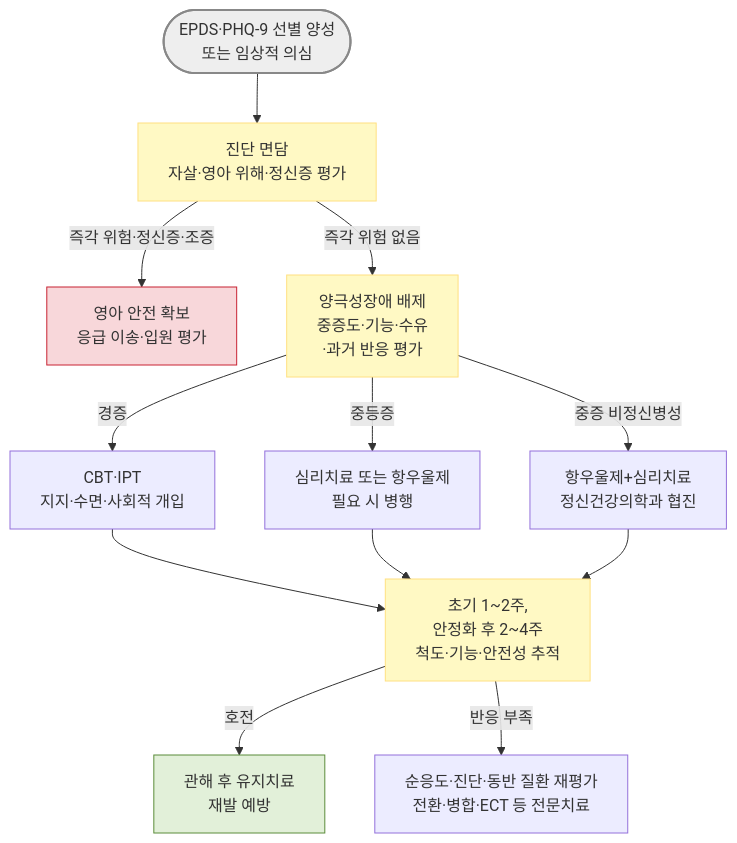
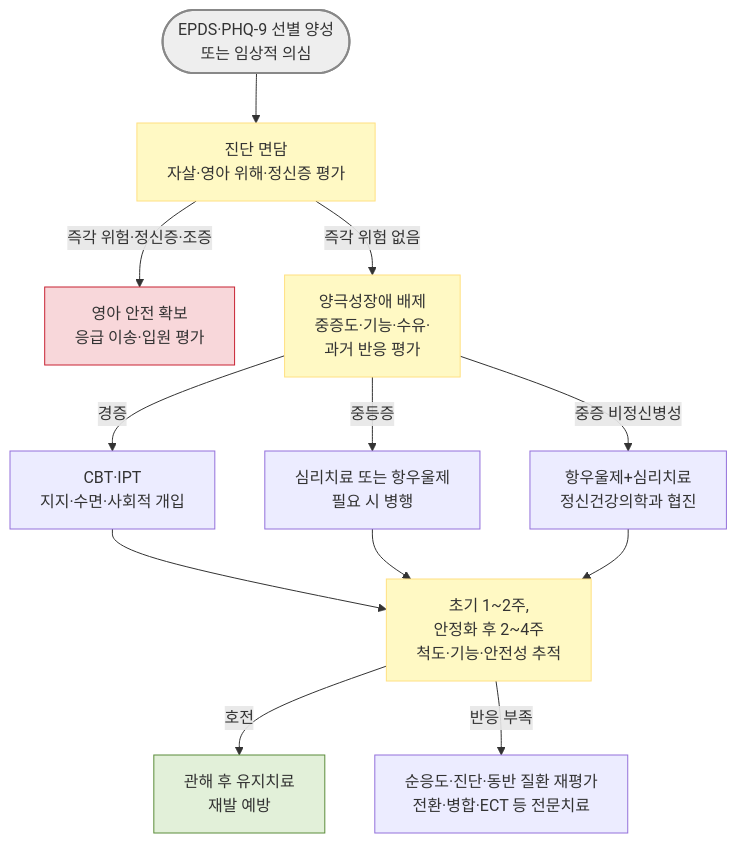
One commit to familyoh77/familyoh77 changed the diagram in 221_/028_-postpartum-depression.md. Above: the diagram before and after it, drawn with Mermaid. The commit also changed other lines of this file, not shown here.

````diff
--- a/221_/028_-postpartum-depression.md
+++ b/221_/028_-postpartum-depression.md
@@ -171,21 +171,21 @@
 ```mermaid
 flowchart TD
     A(["EPDS·PHQ-9 선별 양성<br/>또는 임상적 의심"]) --> B["진단 면담<br/>자살·영아 위해·정신증 평가"]
     B -->|"즉각 위험·정신증·조증"| C["영아 안전 확보<br/>응급 이송·입원 평가"]
-    B -->|"즉각 위험 없음"| D["양극성장애 배제<br/>중증도·기능·수유<br/>·과거 반응 평가"]
+    B -->|"즉각 위험 없음"| D["양극성장애 배제<br/>중증도·기능·수유·<br/>과거 반응 평가"]
     D -->|"경증"| E["CBT·IPT<br/>지지·수면·사회적 개입"]
     D -->|"중등증"| F["심리치료 또는 항우울제<br/>필요 시 병행"]
     D -->|"중증 비정신병성"| G["항우울제+심리치료<br/>정신건강의학과 협진"]
     E --> H["초기 1~2주, <br/>안정화 후 2~4주<br/>척도·기능·안전성 추적"]
     F --> H
     G --> H
     H -->|"호전"| J["관해 후 유지치료<br/>재발 예방"]
     H -->|"반응 부족"| I["순응도·진단·동반 질환 재평가<br/>전환·병합·ECT 등 전문치료"]
     style A fill:#eeeeee,stroke:#888888,stroke-width:2px
     style B fill:#fff9c4,stroke:#ffe082
     style C fill:#F8D7DA,stroke:#C82333
     style D fill:#fff9c4,stroke:#ffe082
     style H fill:#fff9c4,stroke:#ffe082
     style J fill:#E2F0D9,stroke:#5B8C3A
 
 ```
````
